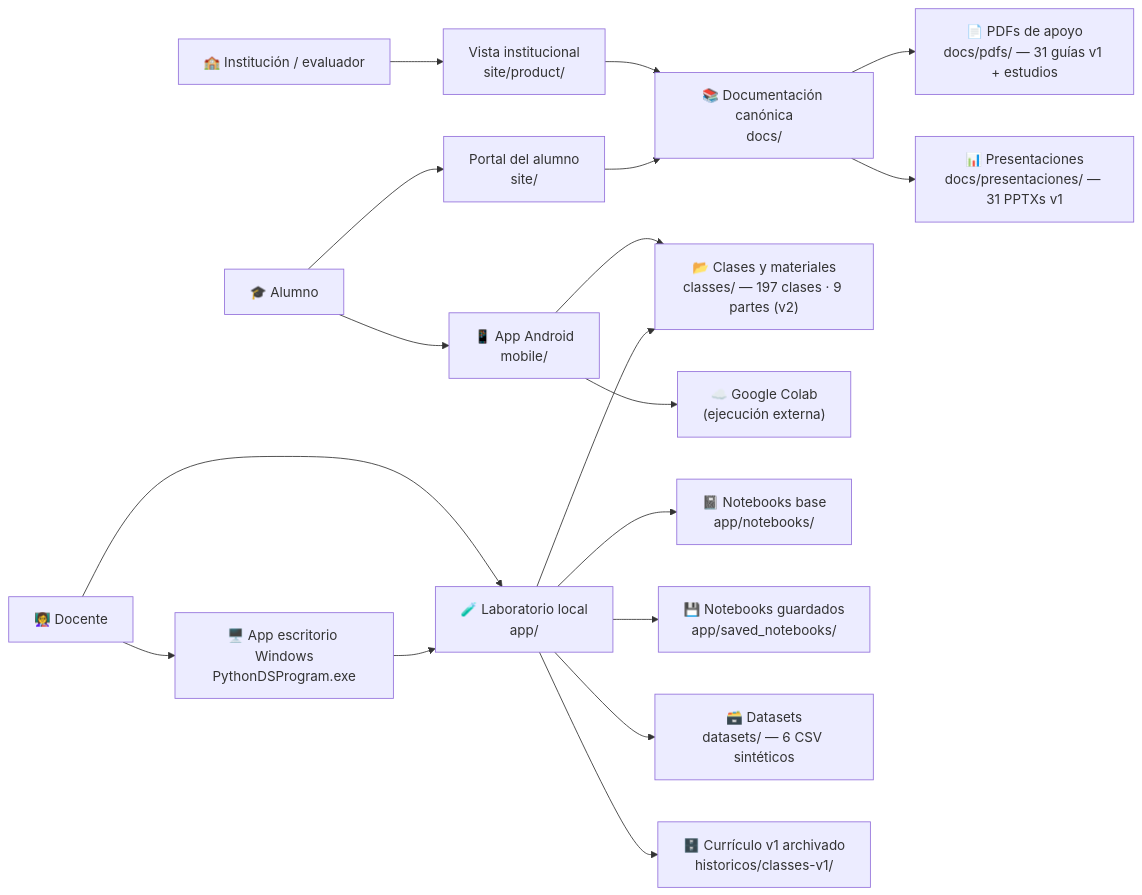
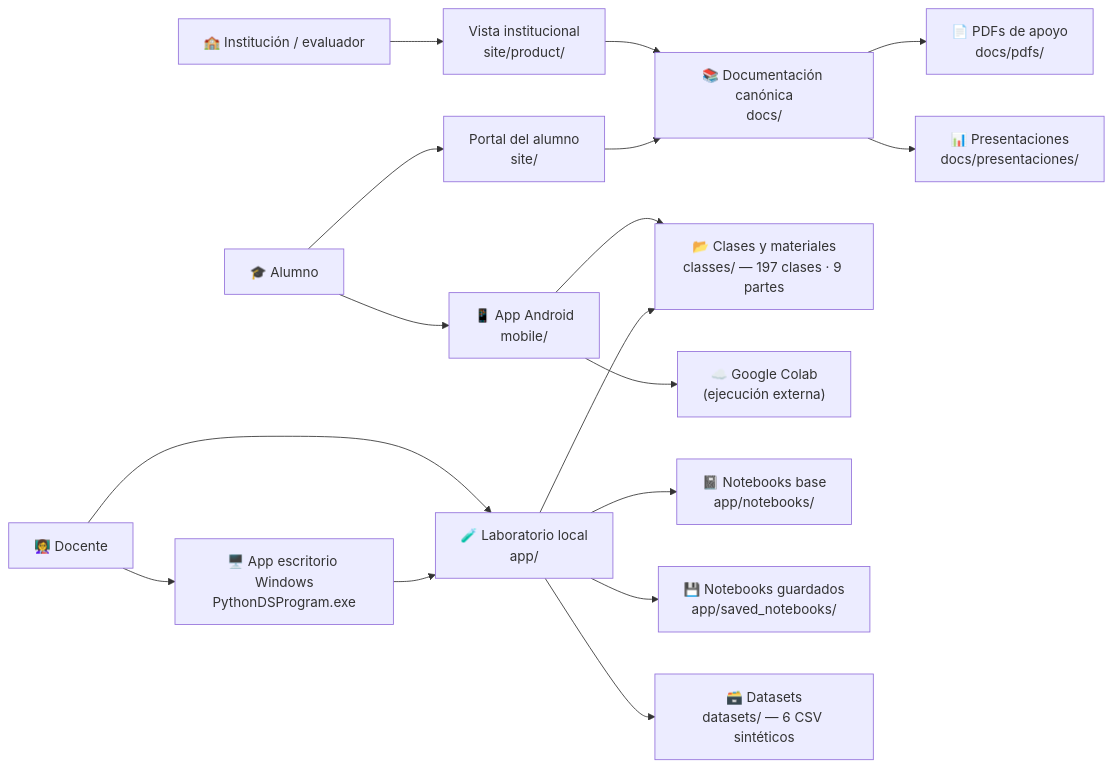
One commit to vladimiracunadev-create/python-data-science-bootcamp changed the first of 4 diagrams in docs/ARQUITECTURA_PRODUCTO.md. Above: the diagram before and after it, drawn with Mermaid. The commit also changed other lines of this file and 22 other files, not shown here.

First line of the commit message:
docs: alinear toda la documentación al currículo actual (197 clases / 9 partes) (#1)

````diff
--- a/docs/ARQUITECTURA_PRODUCTO.md
+++ b/docs/ARQUITECTURA_PRODUCTO.md
@@ -19,21 +19,20 @@
 ```mermaid
 graph LR
     INST["🏫 Institución / evaluador"] --> PRODUCT["Vista institucional\nsite/product/"]
     ALUM["🎓 Alumno"] --> PORTAL["Portal del alumno\nsite/"]
     ALUM --> MOBILE["📱 App Android\nmobile/"]
     DOC["👩‍🏫 Docente"] --> LAB["🧪 Laboratorio local\napp/"]
     DOC --> WIN["🖥️ App escritorio Windows\nPythonDSProgram.exe"]
 
     PRODUCT --> DOCS["📚 Documentación canónica\ndocs/"]
     PORTAL --> DOCS
     WIN --> LAB
-    MOBILE --> CLASSES["📂 Clases y materiales\nclasses/ — 197 clases · 9 partes (v2)"]
+    MOBILE --> CLASSES["📂 Clases y materiales\nclasses/ — 197 clases · 9 partes"]
     MOBILE --> COLAB["☁️ Google Colab\n(ejecución externa)"]
     LAB --> CLASSES
     LAB --> NOTEBOOKS["📓 Notebooks base\napp/notebooks/"]
     LAB --> SAVED["💾 Notebooks guardados\napp/saved_notebooks/"]
     LAB --> DATA["🗃️ Datasets\ndatasets/ — 6 CSV sintéticos"]
-    LAB --> HIST["🗄️ Currículo v1 archivado\nhistoricos/classes-v1/"]
-    DOCS --> PDFS["📄 PDFs de apoyo\ndocs/pdfs/ — 31 guías v1 + estudios"]
-    DOCS --> PPTX["📊 Presentaciones\ndocs/presentaciones/ — 31 PPTXs v1"]
+    DOCS --> PDFS["📄 PDFs de apoyo\ndocs/pdfs/"]
+    DOCS --> PPTX["📊 Presentaciones\ndocs/presentaciones/"]
 ```
````
